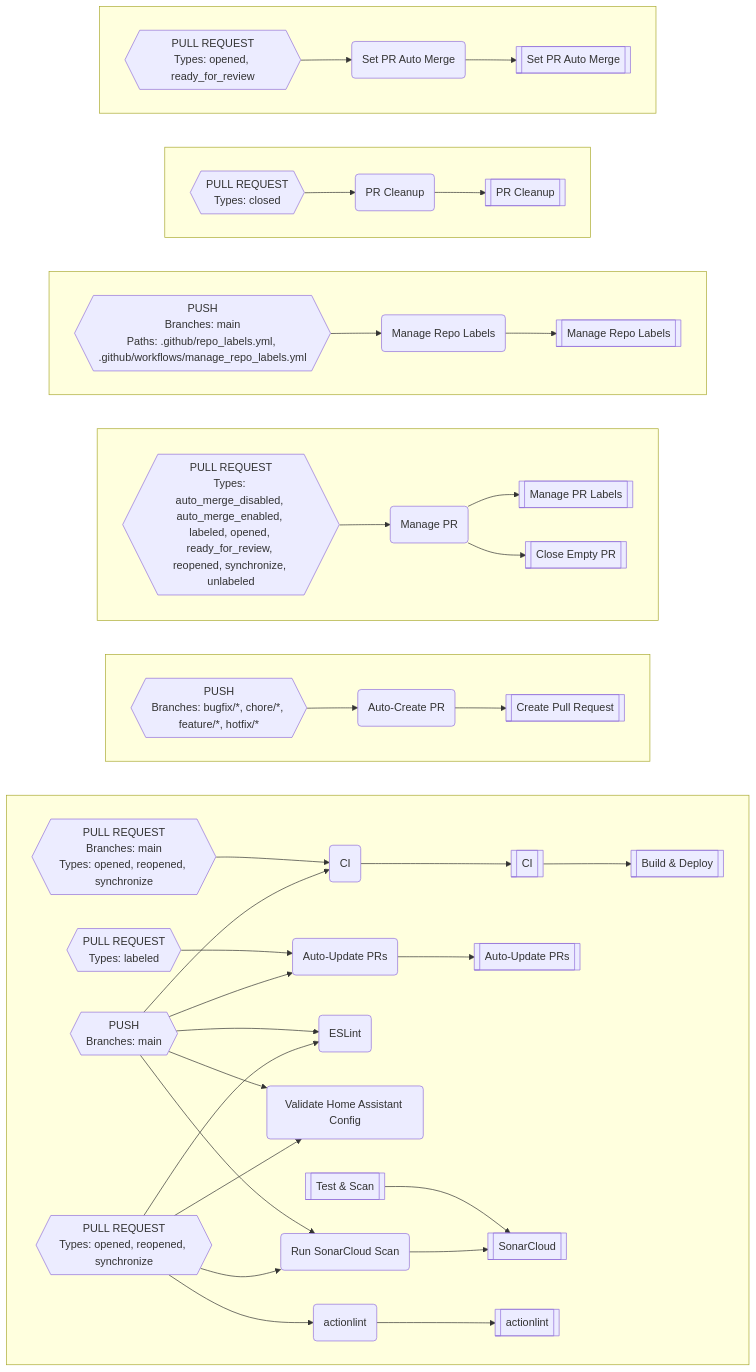
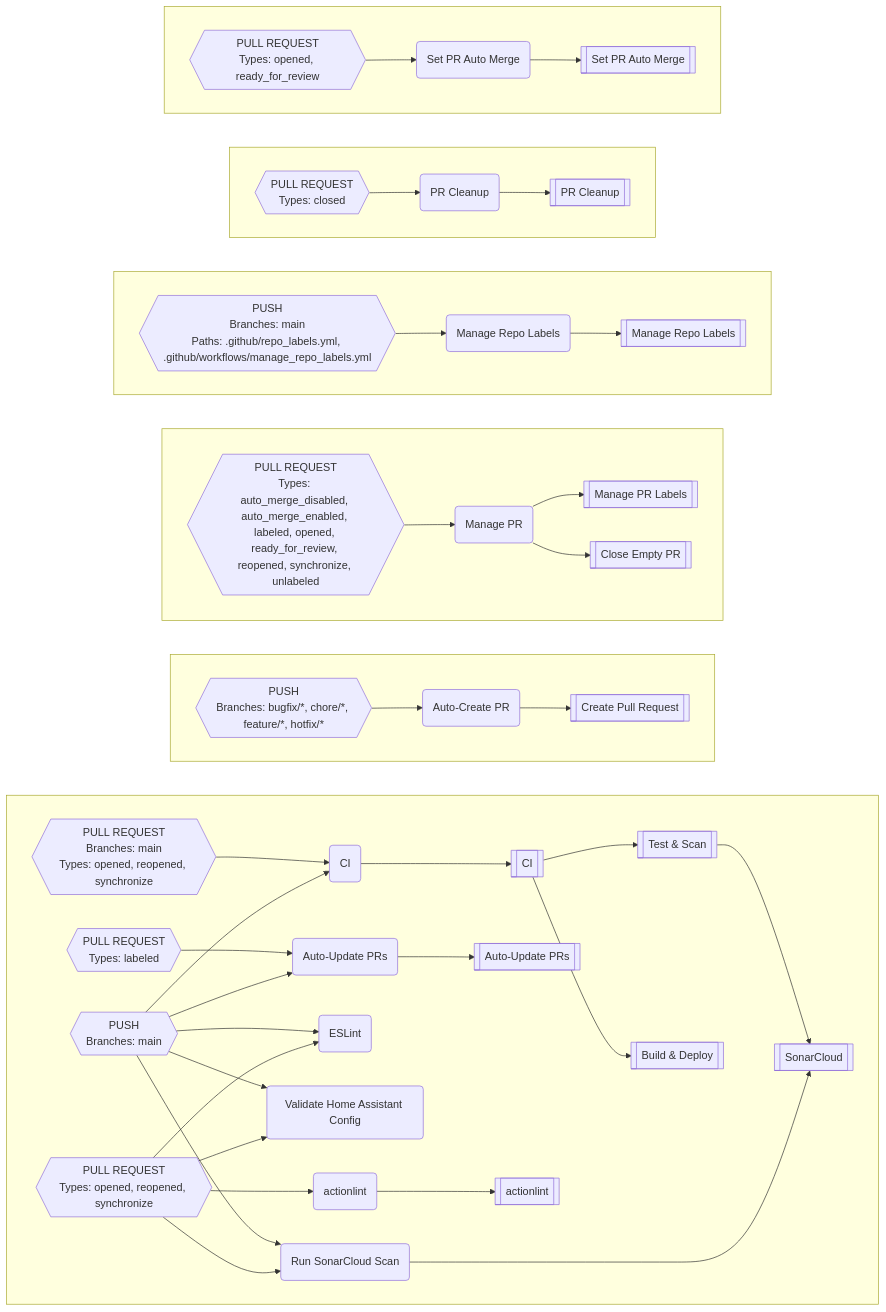
One commit to worgarside/github-config-files changed the diagram in README.md. Above: the diagram before and after it, drawn with Mermaid. The commit also changed other lines of this file and 7 other files, not shown here.

````diff
--- a/README.md
+++ b/README.md
@@ -379,101 +379,102 @@
 ```mermaid
 flowchart LR
-subgraph DO[" "]
+subgraph DA[" "]
 direction LR
+BD-->BA
+K-->BD
 K-->D
-CJ-->CH
-CH-->K
-BX-->BW
-BW-->AN
-CK-->BW
-CK-->CH
-CK-->CW
-CK-->DA
-CK-->DK
-BC-->AZ
-DK-->AZ
-BH-->BG
-BH-->CW
-BH-->DA
-BH-->DK
-BG-->A
+CK-->CI
+CI-->K
+BY-->BX
+BX-->AO
+CL-->BX
+CL-->CI
+CL-->CN
+CL-->CR
+CL-->CW
+CW-->BA
+BI-->BH
+BI-->CN
+BI-->CR
+BI-->CW
+BH-->A
 end
-subgraph DP[" "]
+subgraph DB[" "]
 direction LR
-BL-->BK
-BK-->V
+BM-->BL
+BL-->W
 end
-subgraph DQ[" "]
+subgraph DC[" "]
 direction LR
-BO-->BN
-BN-->AC
-BN-->R
+BP-->BO
+BO-->AD
+BO-->S
 end
-subgraph DR[" "]
+subgraph DD[" "]
 direction LR
-BT-->BS
-BS-->AK
+BU-->BT
+BT-->AL
 end
-subgraph DS[" "]
+subgraph DE[" "]
 direction LR
-CB-->CA
-CA-->AQ
+CC-->CB
+CB-->AR
 end
-subgraph DT[" "]
+subgraph DF[" "]
 direction LR
-CE-->CD
-CD-->AU
+CF-->CE
+CE-->AV
 end
 A[["actionlint"]]
-AC[["Manage PR Labels"]]
-AK[["Manage Repo Labels"]]
-AN[["Auto-Update PRs"]]
-AQ[["PR Cleanup"]]
-AU[["Set PR Auto Merge"]]
-AZ[["SonarCloud"]]
-BC[["Test & Scan"]]
-BG("actionlint")
-BH{{"PULL REQUEST
+AD[["Manage PR Labels"]]
+AL[["Manage Repo Labels"]]
+AO[["Auto-Update PRs"]]
+AR[["PR Cleanup"]]
+AV[["Set PR Auto Merge"]]
+BA[["SonarCloud"]]
+BD[["Test & Scan"]]
+BH("actionlint")
+BI{{"PULL REQUEST
 Types: opened, reopened, synchronize
 "}}
-BK("Auto-Create PR")
-BL{{"PUSH
+BL("Auto-Create PR")
+BM{{"PUSH
 Branches: bugfix/*, chore/*, feature/*, hotfix/*
 "}}
-BN("Manage PR")
-BO{{"PULL REQUEST
+BO("Manage PR")
+BP{{"PULL REQUEST
 Types: auto_merge_disabled, auto_merge_enabled, labeled, opened, ready_for_review, reopened, synchronize, unlabeled
 "}}
-BS("Manage Repo Labels")
-BT{{"PUSH
+BT("Manage Repo Labels")
+BU{{"PUSH
 Branches: main
 Paths: .github/repo_labels.yml, .github/workflows/manage_repo_labels.yml
 "}}
-BW("Auto-Update PRs")
-BX{{"PULL REQUEST
+BX("Auto-Update PRs")
+BY{{"PULL REQUEST
 Types: labeled
 "}}
-CA("PR Cleanup")
-CB{{"PULL REQUEST
+CB("PR Cleanup")
+CC{{"PULL REQUEST
 Types: closed
 "}}
-CD("Set PR Auto Merge")
-CE{{"PULL REQUEST
+CE("Set PR Auto Merge")
+CF{{"PULL REQUEST
 Types: opened, ready_for_review
 "}}
-CH("CI")
-CJ{{"PULL REQUEST
+CI("CI")
+CK{{"PULL REQUEST
 Branches: main
 Types: opened, reopened, synchronize
 "}}
-CK{{"PUSH
+CL{{"PUSH
 Branches: main
 "}}
-CW("ESLint")
+CN("ESLint")
+CR("Validate Home Assistant Config")
+CW("Run SonarCloud Scan")
 D[["Build & Deploy"]]
-DA("Validate Home Assistant Config")
-DK("Run SonarCloud Scan")
 K[["CI"]]
-R[["Close Empty PR"]]
-V[["Create Pull Request"]]
+S[["Close Empty PR"]]
+W[["Create Pull Request"]]
 ```
````
